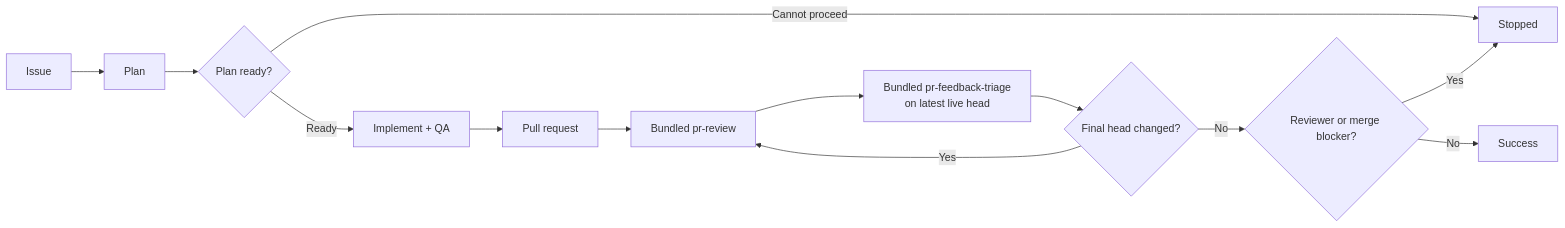
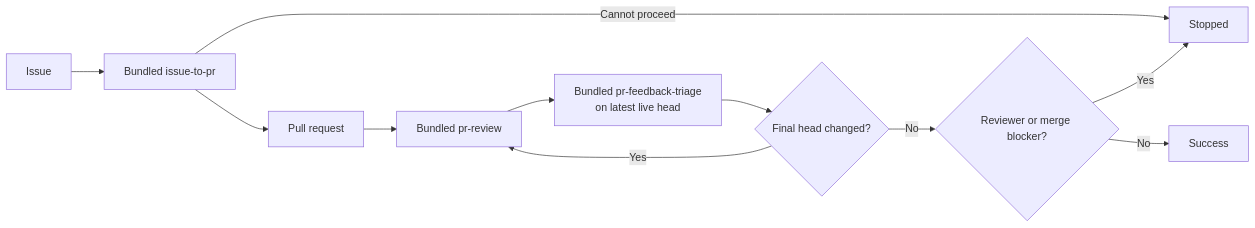
One commit to dceoy/pr-loop changed the diagram in README.md. Above: the diagram before and after it, drawn with Mermaid. The commit also changed other lines of this file and 3 other files, not shown here.

````diff
--- a/README.md
+++ b/README.md
@@ -11,14 +11,13 @@
 ```mermaid
 flowchart LR
-  I[Issue] --> P[Plan] --> Q{Plan ready?}
-  Q -->|Ready| M[Implement + QA] --> PR[Pull request]
-  Q -->|Cannot proceed| T[Stopped]
+  I[Issue] --> C[Bundled issue-to-pr] --> PR[Pull request]
+  C -->|Cannot proceed| T[Stopped]
 
   PR --> R[Bundled pr-review]
   R --> F[Bundled pr-feedback-triage<br/>on latest live head]
   F --> H{Final head changed?}
   H -->|Yes| R
   H -->|No| B{Reviewer or merge blocker?}
   B -->|Yes| T
   B -->|No| S[Success]
 ```
````
